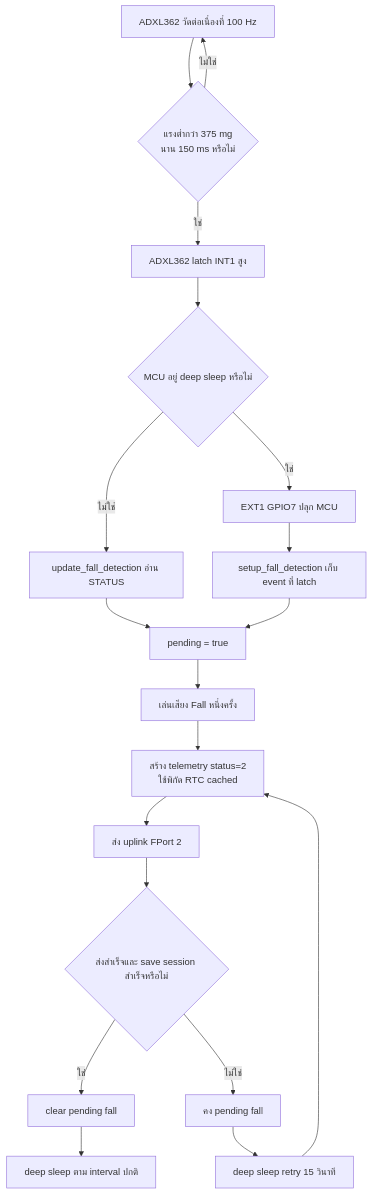
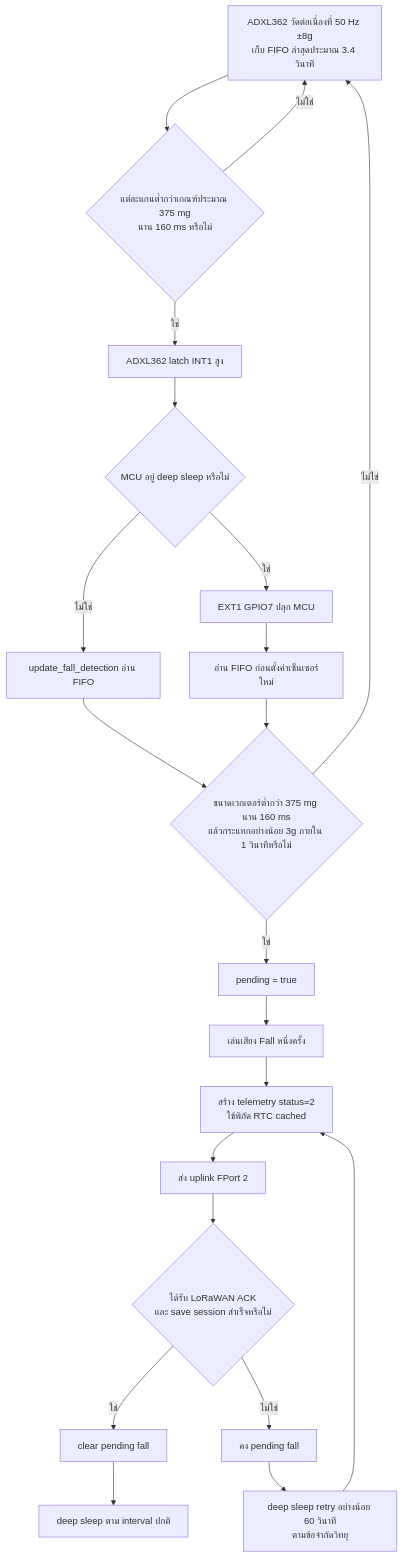
The fourth of 4 diagrams in docs/UserManual_TH.md (whyzotee/esp32-s3-tracker), drawn with Mermaid before and after one commit. The commit also changed other lines of this file and 6 other files, not shown here.

Commit message:
feat: confirm suspected falls with FIFO impact detection

````diff
--- a/docs/UserManual_TH.md
+++ b/docs/UserManual_TH.md
@@ -95,21 +95,23 @@
 ```mermaid
 flowchart TD
-    A[ADXL362 วัดต่อเนื่องที่ 100 Hz] --> B{แรงต่ำกว่า 375 mg<br/>นาน 150 ms หรือไม่}
+    A[ADXL362 วัดต่อเนื่องที่ 50 Hz ±8g<br/>เก็บ FIFO ล่าสุดประมาณ 3.4 วินาที] --> B{แต่ละแกนต่ำกว่าเกณฑ์ประมาณ 375 mg<br/>นาน 160 ms หรือไม่}
     B -- ไม่ใช่ --> A
     B -- ใช่ --> C[ADXL362 latch INT1 สูง]
     C --> D{MCU อยู่ deep sleep หรือไม่}
     D -- ใช่ --> E[EXT1 GPIO7 ปลุก MCU]
-    D -- ไม่ใช่ --> F[update_fall_detection อ่าน STATUS]
-    E --> G[setup_fall_detection เก็บ event ที่ latch]
-    F --> H[pending = true]
-    G --> H
+    D -- ไม่ใช่ --> F[update_fall_detection อ่าน FIFO]
+    E --> G[อ่าน FIFO ก่อนตั้งค่าเซ็นเซอร์ใหม่]
+    F --> Q{ขนาดเวกเตอร์ต่ำกว่า 375 mg นาน 160 ms<br/>แล้วกระแทกอย่างน้อย 3g ภายใน 1 วินาทีหรือไม่}
+    G --> Q
+    Q -- ไม่ใช่ --> A
+    Q -- ใช่ --> H[pending = true]
     H --> I[เล่นเสียง Fall หนึ่งครั้ง]
     I --> J[สร้าง telemetry status=2<br/>ใช้พิกัด RTC cached]
     J --> K[ส่ง uplink FPort 2]
-    K --> L{ส่งสำเร็จและ save session สำเร็จหรือไม่}
+    K --> L{ได้รับ LoRaWAN ACK<br/>และ save session สำเร็จหรือไม่}
     L -- ใช่ --> M[clear pending fall]
     L -- ไม่ใช่ --> N[คง pending fall]
     M --> O[deep sleep ตาม interval ปกติ]
-    N --> P[deep sleep retry 15 วินาที]
+    N --> P[deep sleep retry อย่างน้อย 60 วินาที<br/>ตามข้อจำกัดวิทยุ]
     P --> J
 ```
````
